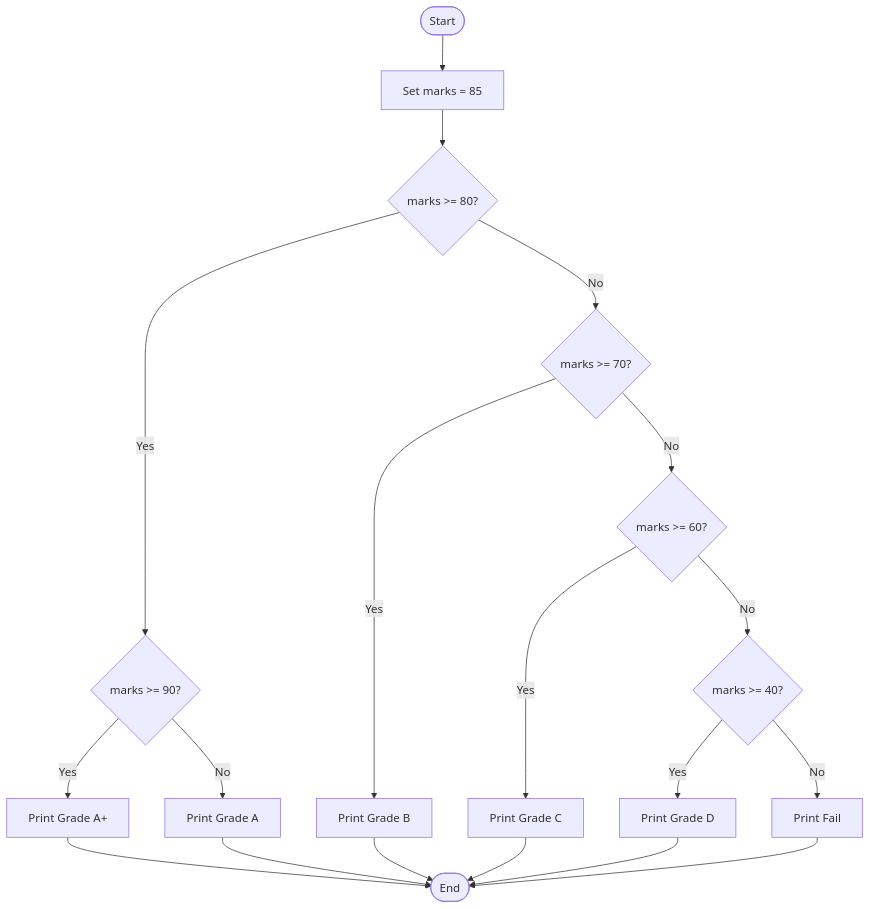
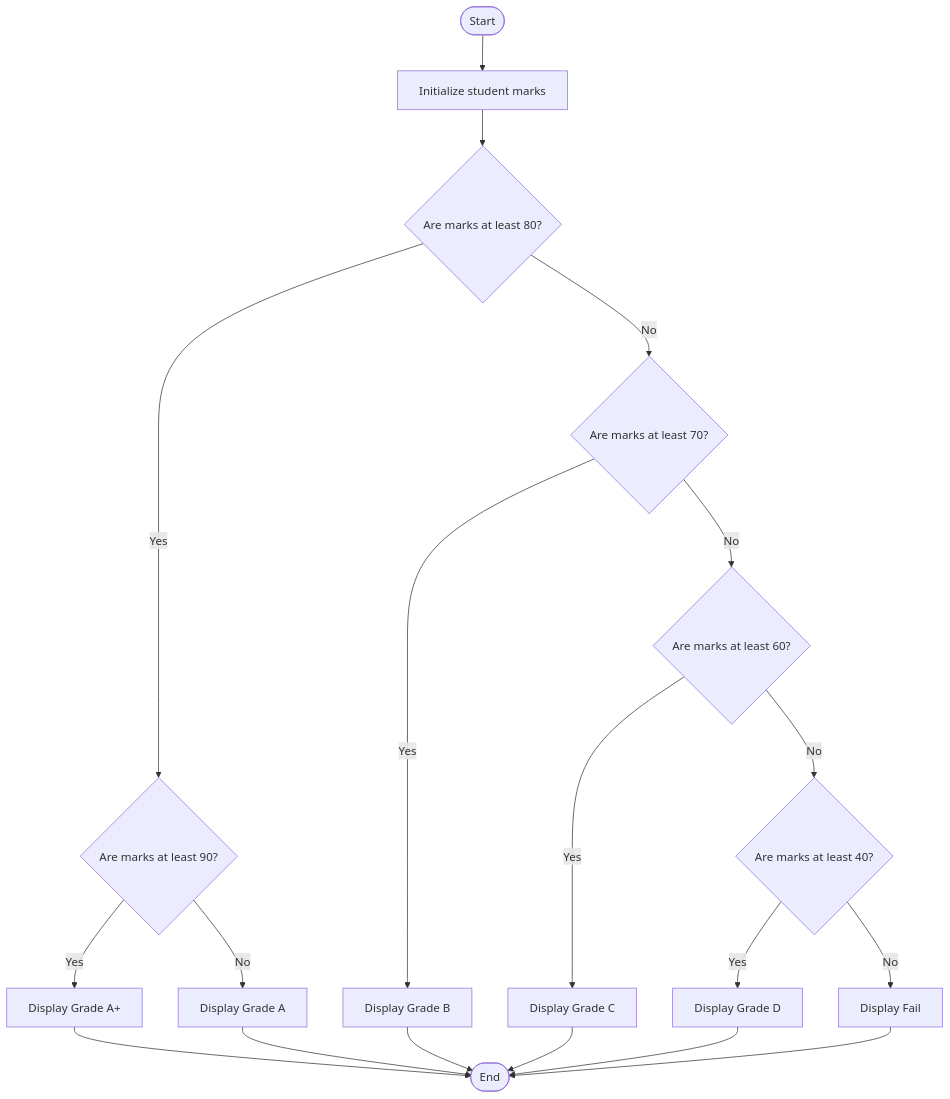
The third of 3 diagrams in Lab-11-Nested-if/README.md (tonmoy222/C-programming-lab-work-Batch-34), drawn with Mermaid before and after one commit. The commit also changed other lines of this file, not shown here.

````diff
--- a/Lab-11-Nested-if/README.md
+++ b/Lab-11-Nested-if/README.md
@@ -149,21 +93,21 @@
 ```mermaid
 flowchart TD
-    A([Start]) --> B["Set marks = 85"]
-    B --> C{"marks >= 80?"}
-    C -->|Yes| D{"marks >= 90?"}
-    D -->|Yes| E["Print Grade A+"]
-    D -->|No| F["Print Grade A"]
-    C -->|No| G{"marks >= 70?"}
-    G -->|Yes| H["Print Grade B"]
-    G -->|No| I{"marks >= 60?"}
-    I -->|Yes| J["Print Grade C"]
-    I -->|No| K{"marks >= 40?"}
-    K -->|Yes| L["Print Grade D"]
-    K -->|No| M["Print Fail"]
+    A([Start]) --> B["Initialize student marks"]
+    B --> C{"Are marks at least 80?"}
+    C -->|Yes| D{"Are marks at least 90?"}
+    D -->|Yes| E["Display Grade A+"]
+    D -->|No| F["Display Grade A"]
+    C -->|No| G{"Are marks at least 70?"}
+    G -->|Yes| H["Display Grade B"]
+    G -->|No| I{"Are marks at least 60?"}
+    I -->|Yes| J["Display Grade C"]
+    I -->|No| K{"Are marks at least 40?"}
+    K -->|Yes| L["Display Grade D"]
+    K -->|No| M["Display Fail"]
     E --> N([End])
     F --> N
     H --> N
     J --> N
     L --> N
     M --> N
 ```
````
